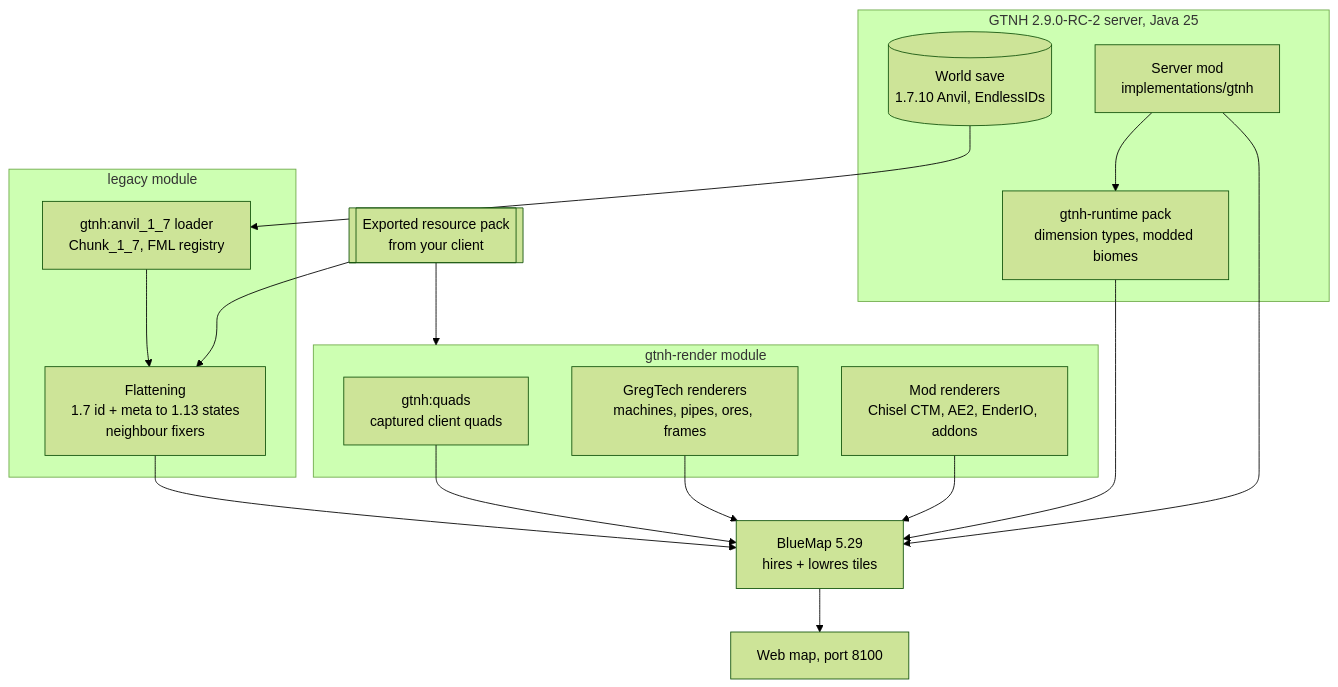
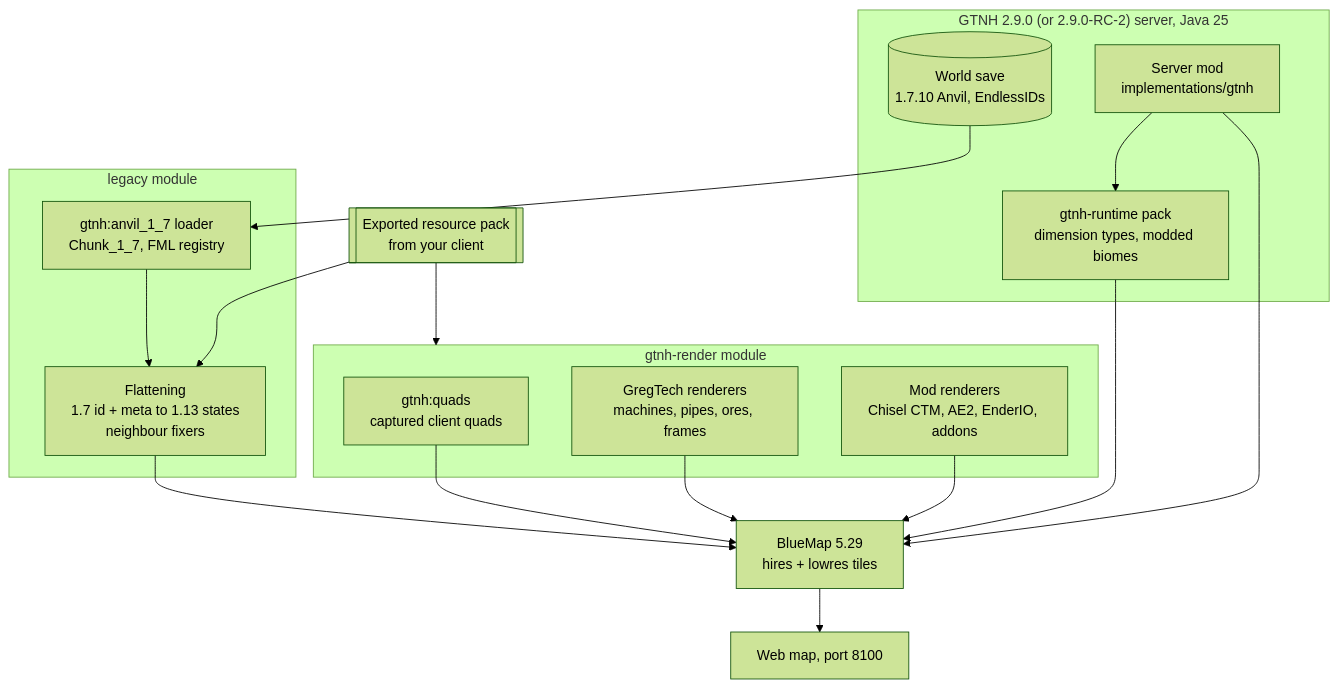
One commit to Bluemap-GTNH-Unofficial/BlueMap-GTNH changed the first of 3 diagrams in site/architecture.md. Above: the diagram before and after it, drawn with Mermaid (forest theme). The commit also changed other lines of this file and 25 other files, not shown here.

````diff
--- a/site/architecture.md
+++ b/site/architecture.md
@@ -10,30 +10,30 @@
 ```mermaid
 flowchart TB
-  subgraph server["GTNH 2.9.0-RC-2 server, Java 25"]
+  subgraph server["GTNH 2.9.0 (or 2.9.0-RC-2) server, Java 25"]
     world[("World save<br/>1.7.10 Anvil, EndlessIDs")]
     mod["Server mod<br/>implementations/gtnh"]
     runtime["gtnh-runtime pack<br/>dimension types, modded biomes"]
   end
   subgraph legacy["legacy module"]
     loader["gtnh:anvil_1_7 loader<br/>Chunk_1_7, FML registry"]
     flat["Flattening<br/>1.7 id + meta to 1.13 states<br/>neighbour fixers"]
   end
   subgraph render["gtnh-render module"]
     quads["gtnh:quads<br/>captured client quads"]
     gt["GregTech renderers<br/>machines, pipes, ores, frames"]
     mods["Mod renderers<br/>Chisel CTM, AE2, EnderIO, addons"]
   end
   pack[["Exported resource pack<br/>from your client"]]
   core["BlueMap 5.29<br/>hires + lowres tiles"]
   web["Web map, port 8100"]
 
   world --> loader --> flat --> core
   pack --> flat
   pack --> render
   quads --> core
   gt --> core
   mods --> core
   mod --> runtime --> core
   mod --> core
   core --> web
 ```
````
